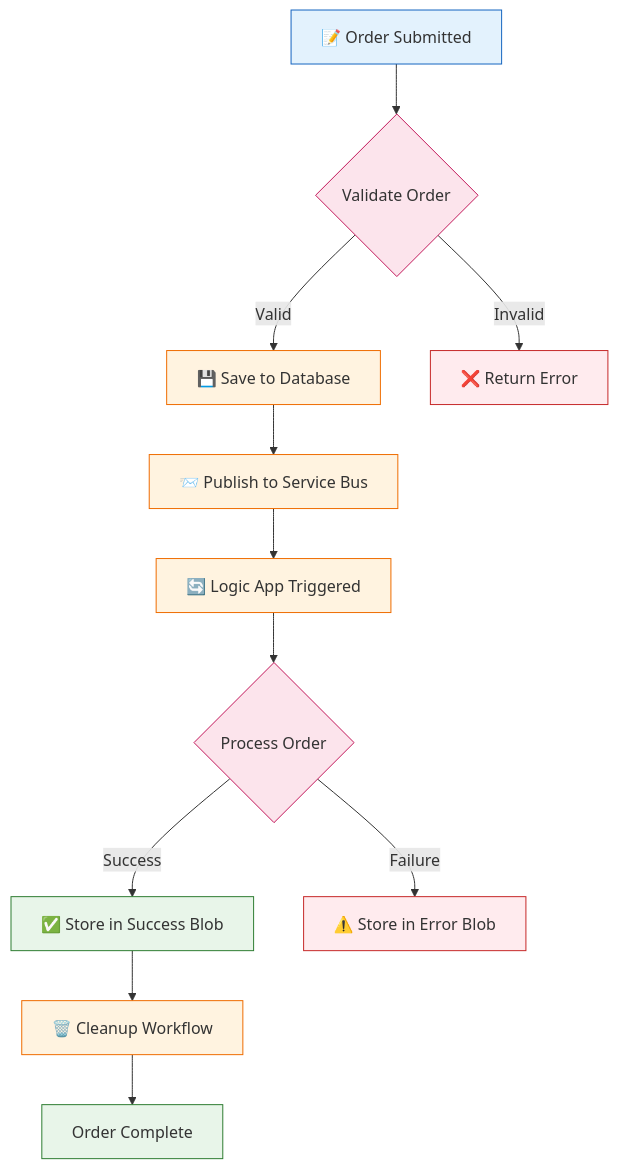
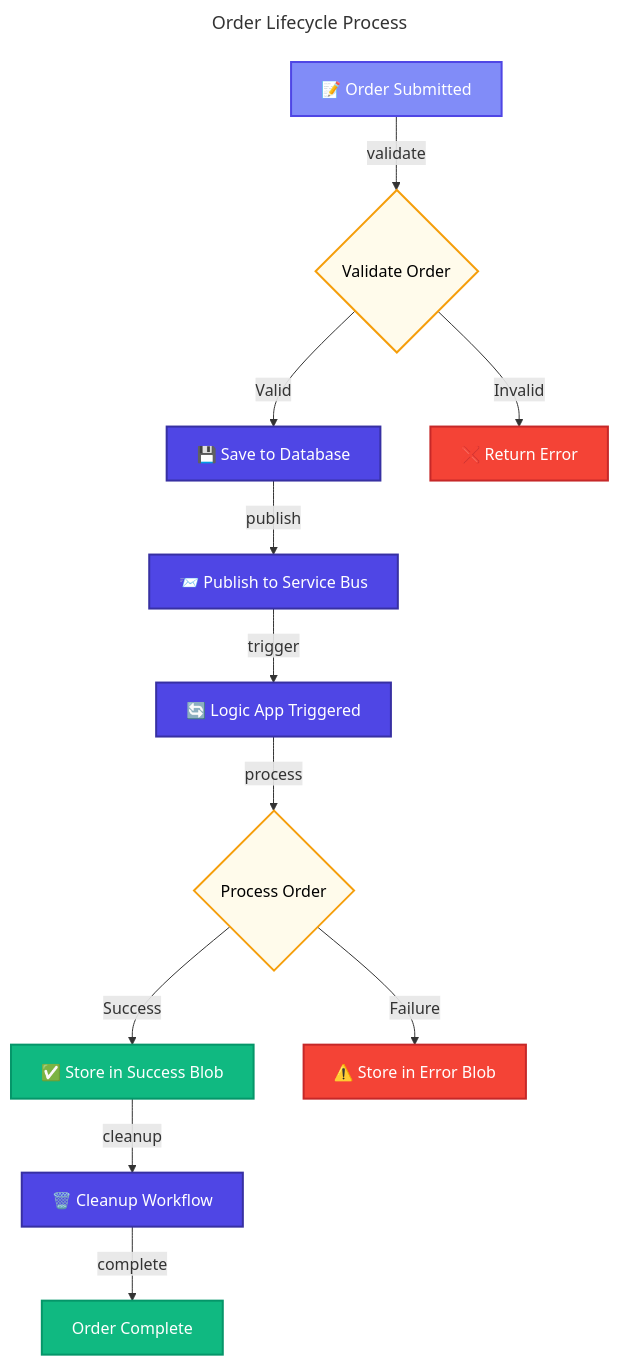
Before and after one commit to Evilazaro/Azure-LogicApps-Monitoring: the fourth of 4 diagrams in docs/architecture/01-business-architecture.md, drawn with Mermaid. The commit also changed other lines of this file, not shown here.

Commit message:
refactor: Enhance business architecture documentation with improved capability maps, value streams, and class definitions

````diff
--- a/docs/architecture/01-business-architecture.md
+++ b/docs/architecture/01-business-architecture.md
@@ -242,28 +294,38 @@
 ```mermaid
+---
+title: Order Lifecycle Process
+---
 flowchart TD
-    A[📝 Order Submitted] --> B{Validate Order}
-    B -->|Valid| C[💾 Save to Database]
-    B -->|Invalid| D[❌ Return Error]
+    %% ===== START =====
+    A[📝 Order Submitted] -->|"validate"| B{Validate Order}
 
-    C --> E[📨 Publish to Service Bus]
-    E --> F[🔄 Logic App Triggered]
+    %% ===== VALIDATION =====
+    B -->|"Valid"| C[💾 Save to Database]
+    B -->|"Invalid"| D[❌ Return Error]
 
-    F --> G{Process Order}
-    G -->|Success| H[✅ Store in Success Blob]
-    G -->|Failure| I[⚠️ Store in Error Blob]
+    %% ===== PROCESSING =====
+    C -->|"publish"| E[📨 Publish to Service Bus]
+    E -->|"trigger"| F[🔄 Logic App Triggered]
 
-    H --> J[🗑️ Cleanup Workflow]
-    J --> K[Order Complete]
+    F -->|"process"| G{Process Order}
+    G -->|"Success"| H[✅ Store in Success Blob]
+    G -->|"Failure"| I[⚠️ Store in Error Blob]
 
-    classDef start fill:#e3f2fd,stroke:#1565c0
-    classDef process fill:#fff3e0,stroke:#ef6c00
-    classDef decision fill:#fce4ec,stroke:#c2185b
-    classDef success fill:#e8f5e9,stroke:#2e7d32
-    classDef error fill:#ffebee,stroke:#c62828
+    %% ===== COMPLETION =====
+    H -->|"cleanup"| J[🗑️ Cleanup Workflow]
+    J -->|"complete"| K[Order Complete]
 
-    class A start
-    class C,E,F,J process
+    %% ===== CLASS DEFINITIONS =====
+    classDef trigger fill:#818CF8,stroke:#4F46E5,color:#FFFFFF,stroke-width:2px
+    classDef primary fill:#4F46E5,stroke:#3730A3,color:#FFFFFF,stroke-width:2px
+    classDef decision fill:#FFFBEB,stroke:#F59E0B,color:#000000,stroke-width:2px
+    classDef secondary fill:#10B981,stroke:#059669,color:#FFFFFF,stroke-width:2px
+    classDef failed fill:#F44336,stroke:#C62828,color:#FFFFFF,stroke-width:2px
+
+    %% ===== CLASS ASSIGNMENTS =====
+    class A trigger
+    class C,E,F,J primary
     class B,G decision
-    class H,K success
-    class D,I error
+    class H,K secondary
+    class D,I failed
 ```
````
